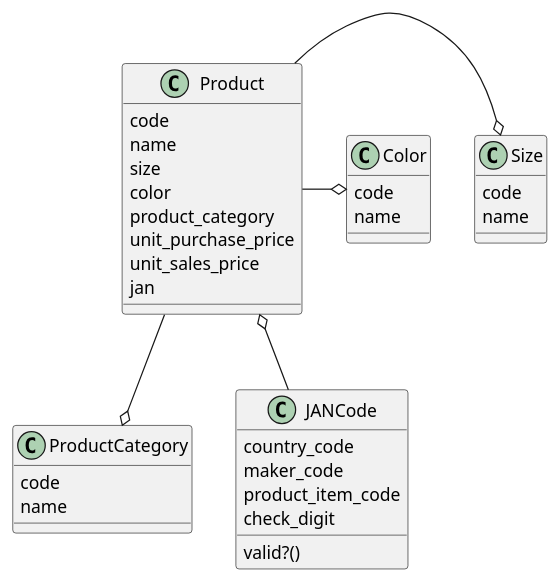
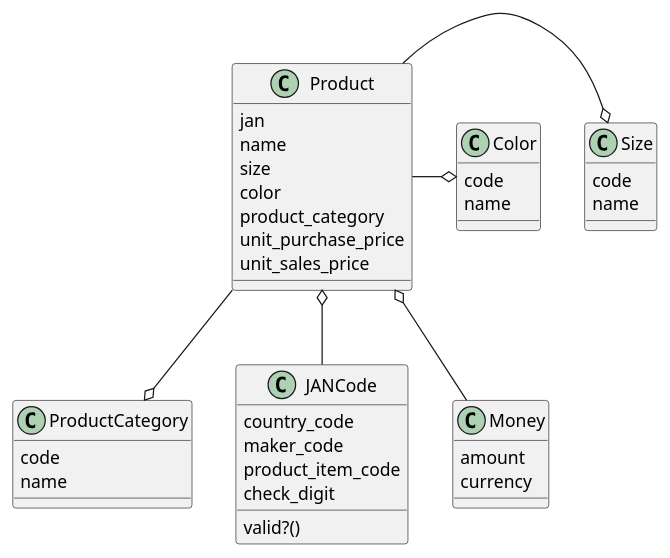
The second of 3 diagrams in docs/dev/sales_modeling/simple_product.md (k2works/etude_for_rails), drawn with PlantUML before and after one commit. The commit also changed other lines of this file and 10 other files, not shown here.

````diff
--- a/docs/dev/sales_modeling/simple_product.md
+++ b/docs/dev/sales_modeling/simple_product.md
@@ -32,36 +32,39 @@
 ```puml
 class Product {
-  code
+  jan
   name
   size
   color
   product_category
   unit_purchase_price
   unit_sales_price
-  jan
 }
 class Size {
   code
   name
 }
 class Color {
   code
   name
 }
 class ProductCategory {
   code
   name
 }
 class JANCode {
   country_code
   maker_code
   product_item_code
   check_digit
   valid?()
 }
-
+class Money {
+  amount
+  currency
+}
 Product --ro Size
 Product -o Color
 Product --o ProductCategory
 Product o-- JANCode
+Product o-- Money
 ```
````
